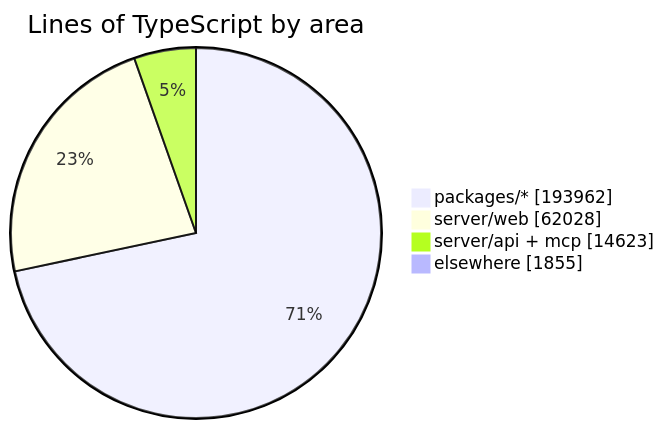
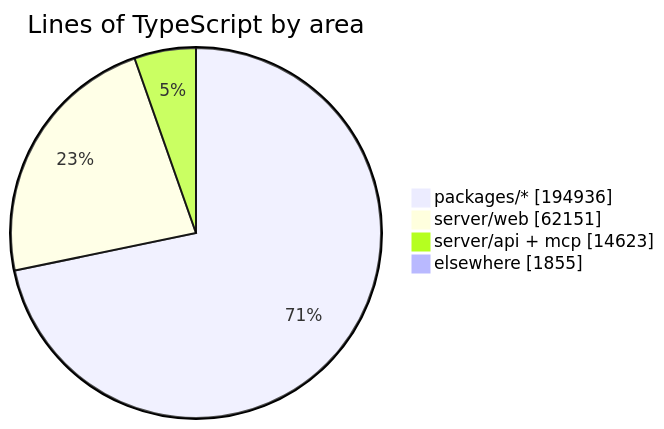
One commit to crossworks-engineering/mantle changed the diagram in README.md. Above: the diagram before and after it, drawn with Mermaid. The commit also changed other lines of this file and 2 other files, not shown here.

````diff
--- a/README.md
+++ b/README.md
@@ -279,7 +279,7 @@
 ```mermaid
 pie showData title Lines of TypeScript by area
-    "packages/*" : 193962
-    "server/web" : 62028
+    "packages/*" : 194936
+    "server/web" : 62151
     "server/api + mcp" : 14623
     "elsewhere" : 1855
 ```
````
